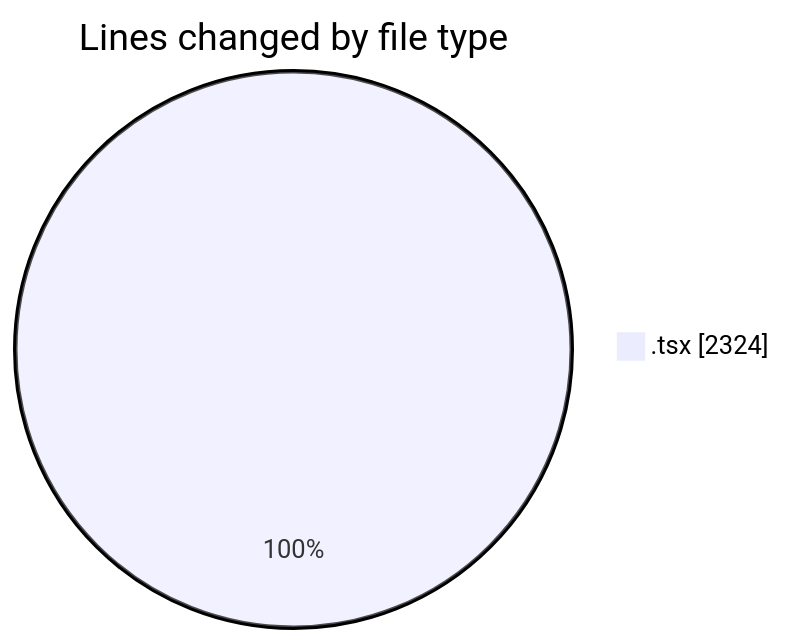
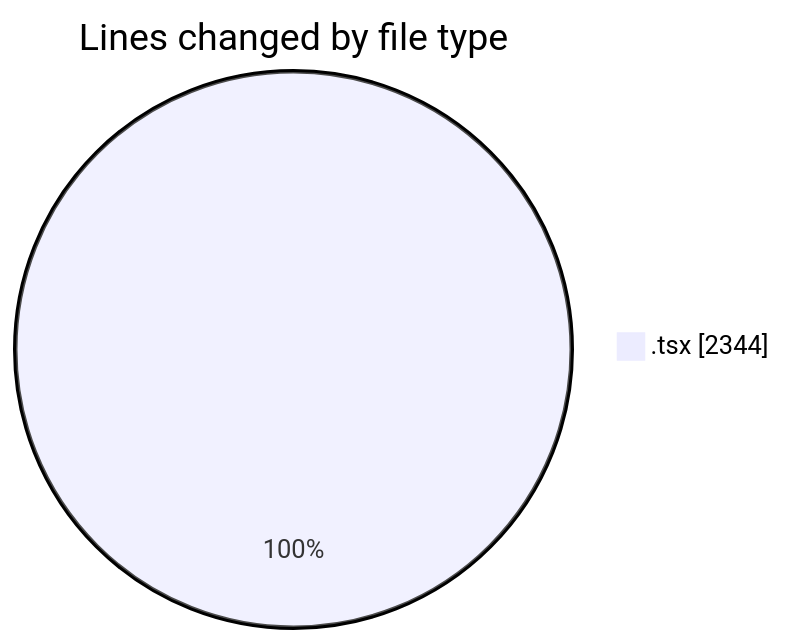
One commit to momahboobian/code-tracking changed the first of 2 diagrams in 2025-06-13/cda/README.md. Above: the diagram before and after it, drawn with Mermaid. The commit also changed other lines of this file and 1 other file, not shown here.

````diff
--- a/2025-06-13/cda/README.md
+++ b/2025-06-13/cda/README.md
@@ -25,5 +25,5 @@
 ```mermaid
 pie showData
 title Lines changed by file type
-".tsx" : 2324
+".tsx" : 2344
 ```
````
